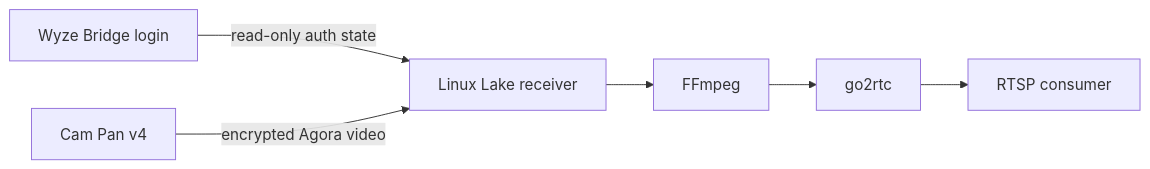
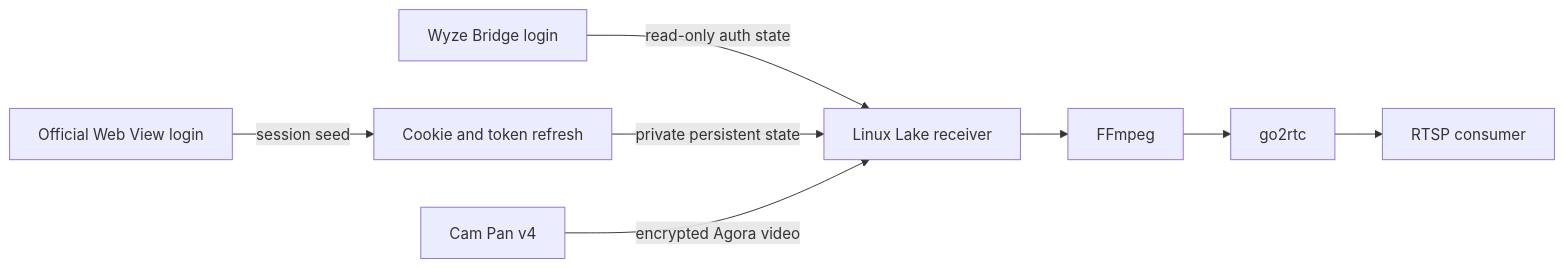
The diagram in images/wyze-lake/README.md (mitchross/homelab-images), drawn with Mermaid before and after one commit. The commit also changed other lines of this file and 7 other files, not shown here.

Commit message:
Add persistent Web View authentication to Wyze Lake receiver

````diff
--- a/images/wyze-lake/README.md
+++ b/images/wyze-lake/README.md
@@ -5,6 +5,8 @@
 ```mermaid
 flowchart LR
   Bridge[Wyze Bridge login] -->|read-only auth state| Receiver[Linux Lake receiver]
+  Web[Official Web View login] -->|session seed| Refresh[Cookie and token refresh]
+  Refresh -->|private persistent state| Receiver
   Camera[Cam Pan v4] -->|encrypted Agora video| Receiver
   Receiver --> FFmpeg --> go2rtc --> RTSP[RTSP consumer]
 ```
````
